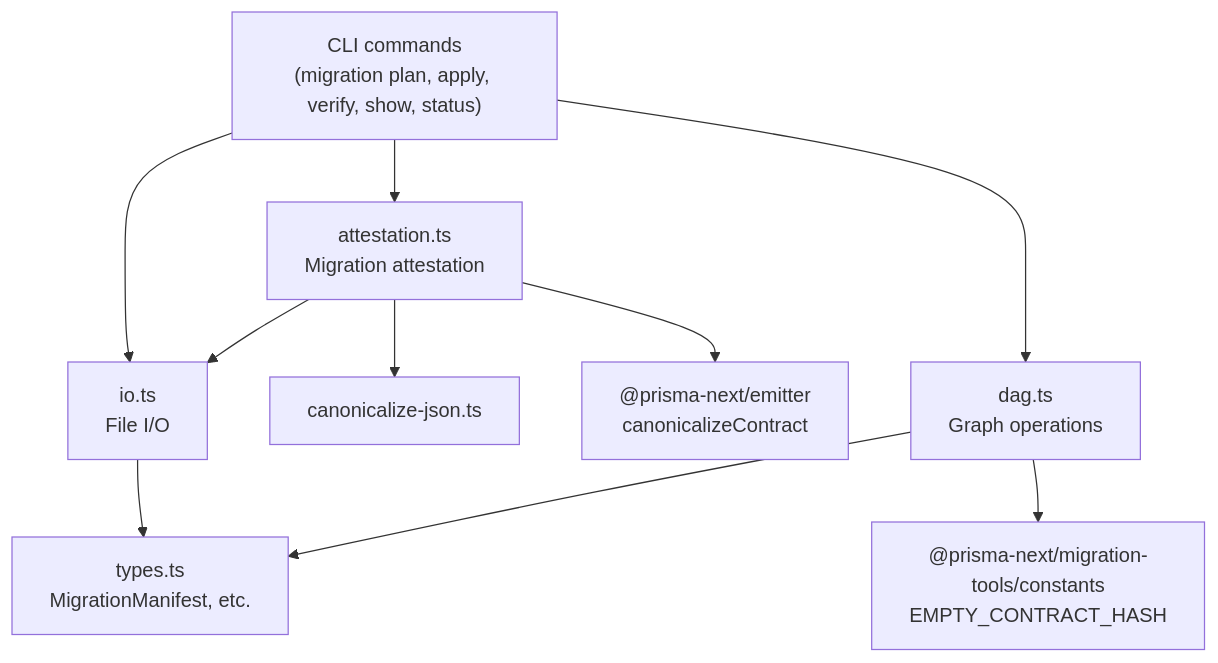
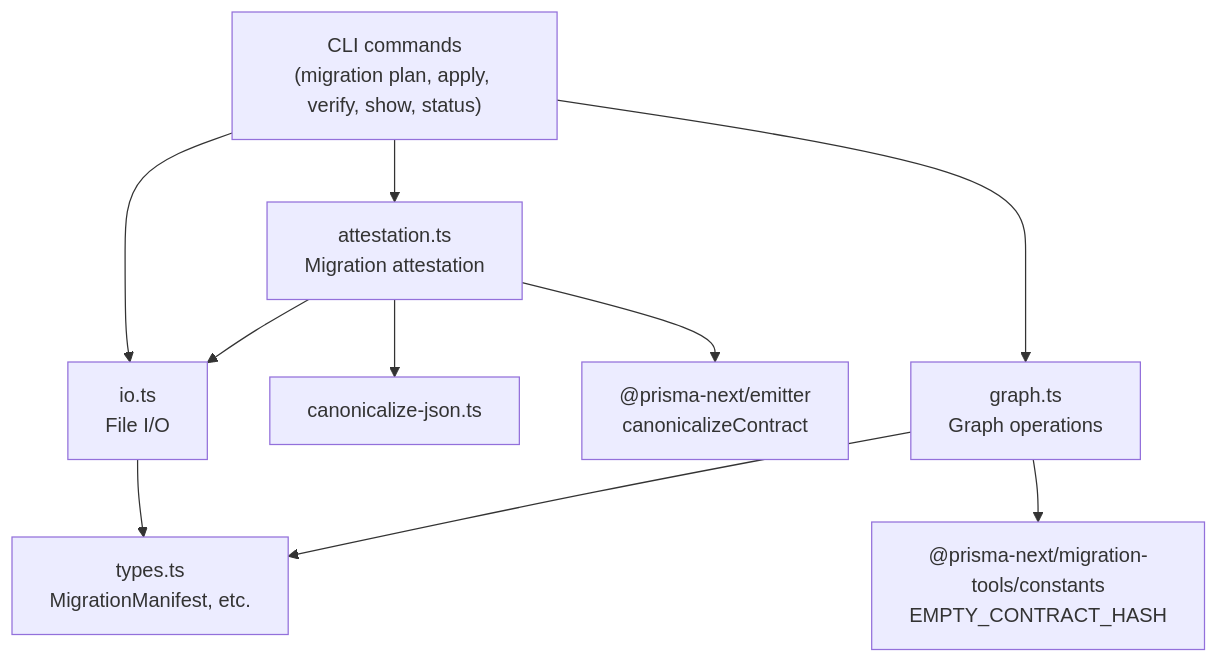
The diagram in packages/1-framework/3-tooling/migration/README.md (prisma/prisma-next), drawn with Mermaid before and after one commit. The commit also changed 4 other files, not shown here.

First line of the commit message:
refactor(migration-tools): rename dag.ts to graph.ts

````diff
--- a/packages/1-framework/3-tooling/migration/README.md
+++ b/packages/1-framework/3-tooling/migration/README.md
@@ -37,12 +37,12 @@
 ```mermaid
 graph TD
     CLI["CLI commands<br/>(migration plan, apply, verify, show, status)"] --> IO["io.ts<br/>File I/O"]
     CLI --> ATT["attestation.ts<br/>Migration attestation"]
-    CLI --> GRAPH["dag.ts<br/>Graph operations"]
+    CLI --> GRAPH["graph.ts<br/>Graph operations"]
     IO --> TYPES["types.ts<br/>MigrationManifest, etc."]
     ATT --> IO
     ATT --> CAN["canonicalize-json.ts"]
     ATT --> CP["@prisma-next/emitter<br/>canonicalizeContract"]
     GRAPH --> TYPES
     GRAPH --> ABS["@prisma-next/migration-tools/constants<br/>EMPTY_CONTRACT_HASH"]
 ```
````
